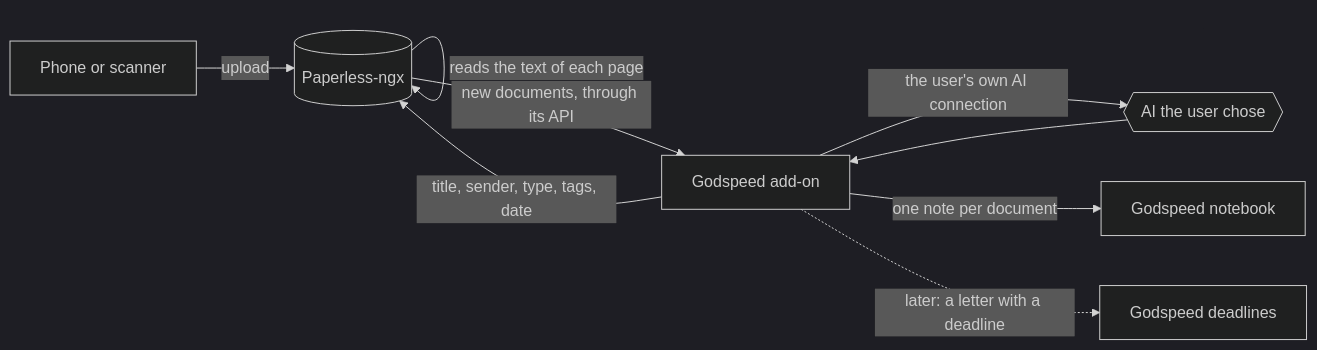
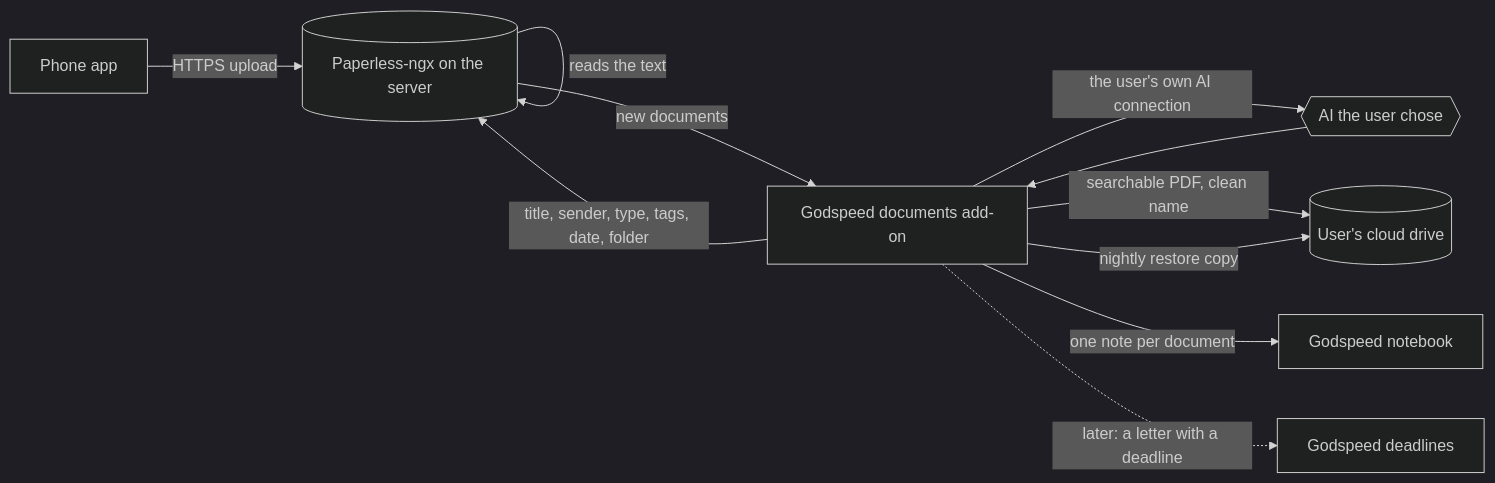
Before and after one commit to MichaelZelbel/godspeed-mission-control: the diagram in docs/proposals/paperless-addon.md, drawn with Mermaid (dark theme). The commit also changed other lines of this file, not shown here.

Commit message:
Proposal: the documents add-on, second draft (scanning add-on first, cloud drive as home, security)

````diff
--- a/docs/proposals/paperless-addon.md
+++ b/docs/proposals/paperless-addon.md
@@ -51,11 +100,13 @@
 ```mermaid
 flowchart LR
-  P[Phone or scanner] -->|upload| PL[(Paperless-ngx)]
-  PL -->|reads the text of each page| PL
-  PL -->|new documents, through its API| G[Godspeed add-on]
+  P[Phone app] -->|HTTPS upload| PL[(Paperless-ngx on the server)]
+  PL -->|reads the text| PL
+  PL -->|new documents| G[Godspeed documents add-on]
   G -->|the user's own AI connection| AI{{AI the user chose}}
   AI --> G
-  G -->|title, sender, type, tags, date| PL
+  G -->|title, sender, type, tags, date, folder| PL
+  G -->|searchable PDF, clean name| CD[(User's cloud drive)]
+  G -->|nightly restore copy| CD
   G -->|one note per document| N[Godspeed notebook]
   G -.->|later: a letter with a deadline| D[Godspeed deadlines]
 ```
````
